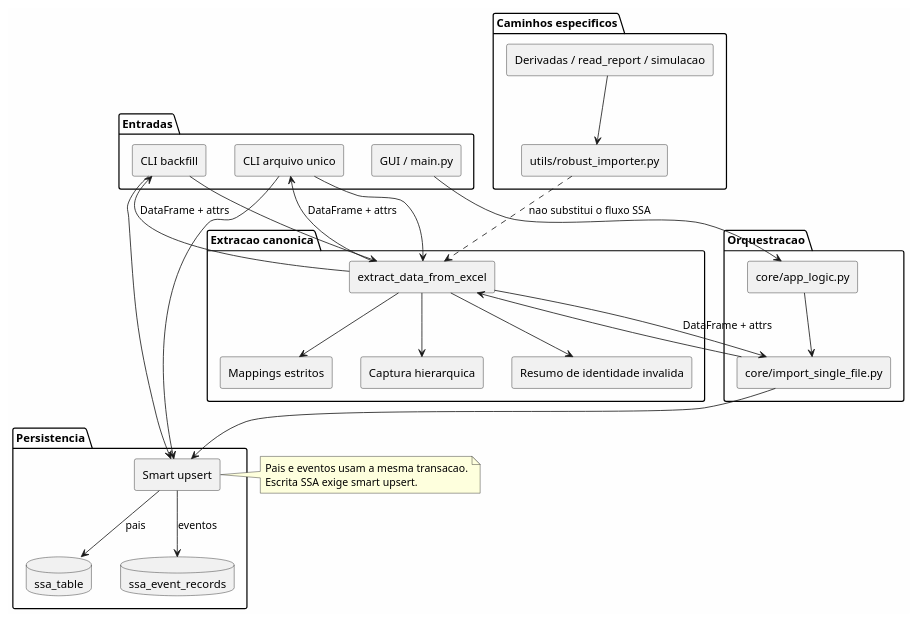
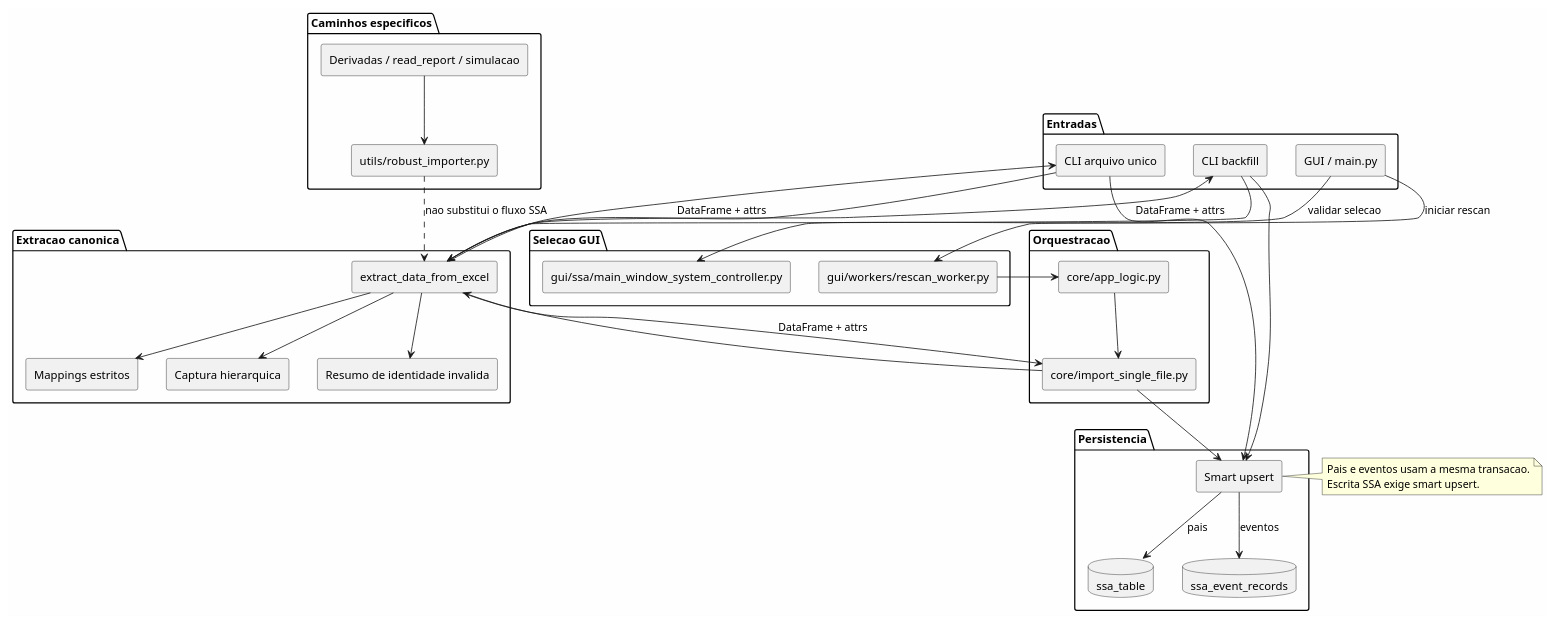
The diagram in docs/diagrams/arquitetura_importacao.puml (mauriciomenon/SSA_Consulta_Rapida), drawn with PlantUML before and after one commit. The commit also changed 3 other files, not shown here.

```diff
--- a/docs/diagrams/arquitetura_importacao.puml
+++ b/docs/diagrams/arquitetura_importacao.puml
@@ -1,61 +1,68 @@
 @startuml Arquitetura_Importacao_SSA
 
 skinparam backgroundColor #FEFEFE
 skinparam componentStyle rectangle
 
 package "Entradas" {
     [GUI / main.py] as MAIN
     [CLI arquivo unico] as SINGLE_CLI
     [CLI backfill] as BACKFILL_CLI
 }
 
 package "Orquestracao" {
     [core/app_logic.py] as ORCH
     [core/import_single_file.py] as IMPORT_ONE
+}
+
+package "Selecao GUI" {
+    [gui/ssa/main_window_system_controller.py] as SELECTION
+    [gui/workers/rescan_worker.py] as RESCAN_WORKER
 }
 
 package "Extracao canonica" {
     [extract_data_from_excel] as EXTRACT
     [Mappings estritos] as MAPPING
     [Captura hierarquica] as HIERARCHY
     [Resumo de identidade invalida] as INVALID
 }
 
 package "Persistencia" {
     [Smart upsert] as UPSERT
     database "ssa_table" as SSA
     database "ssa_event_records" as EVENTS
 }
 
 package "Caminhos especificos" {
     [utils/robust_importer.py] as ROBUST
     [Derivadas / read_report / simulacao] as ROBUST_USERS
 }
 
-MAIN --> ORCH
+MAIN --> SELECTION : validar selecao
+MAIN --> RESCAN_WORKER : iniciar rescan
+RESCAN_WORKER --> ORCH
 ORCH --> IMPORT_ONE
 SINGLE_CLI --> EXTRACT
 BACKFILL_CLI --> EXTRACT
 IMPORT_ONE --> EXTRACT
 
 EXTRACT --> MAPPING
 EXTRACT --> HIERARCHY
 EXTRACT --> INVALID
 EXTRACT --> IMPORT_ONE : DataFrame + attrs
 EXTRACT --> SINGLE_CLI : DataFrame + attrs
 EXTRACT --> BACKFILL_CLI : DataFrame + attrs
 IMPORT_ONE --> UPSERT
 SINGLE_CLI --> UPSERT
 BACKFILL_CLI --> UPSERT
 UPSERT --> SSA : pais
 UPSERT --> EVENTS : eventos
 
 ROBUST_USERS --> ROBUST
 ROBUST ..> EXTRACT : nao substitui o fluxo SSA
 
 note right of UPSERT
   Pais e eventos usam a mesma transacao.
   Escrita SSA exige smart upsert.
 end note
 
 @enduml
```
